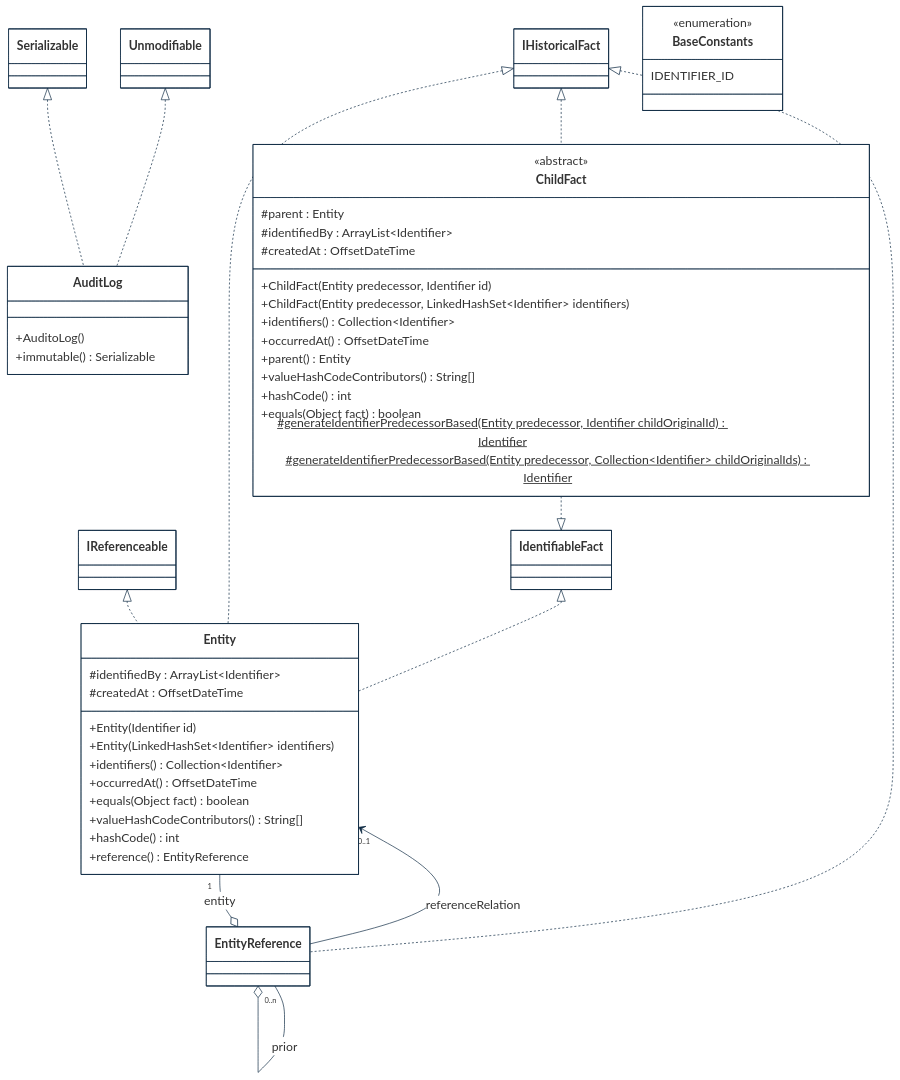
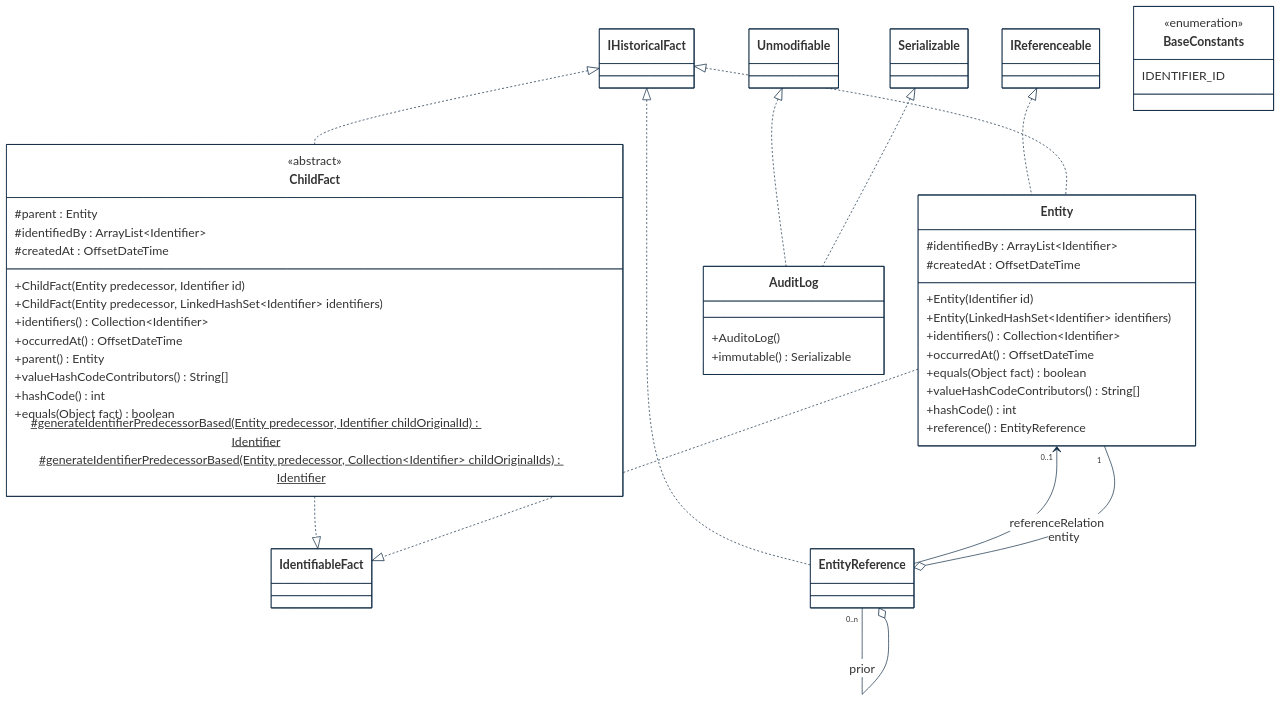
Before and after one commit to cybnity/foundation: the first of 5 diagrams in implementations-line/framework/immutable/designview-packages.md, drawn with Mermaid.

````diff
--- a/implementations-line/framework/immutable/designview-packages.md
+++ b/implementations-line/framework/immutable/designview-packages.md
@@ -35,71 +35,71 @@
 ```mermaid
 %%{
   init: {
     'theme': 'base',
     'themeVariables': {
         'background': '#ffffff',
         'fontFamily': 'arial',
         'fontSize': '18px',
         'primaryColor': '#fff',
         'primaryBorderColor': '#0e2a43',
         'secondaryBorderColor': '#0e2a43',
         'tertiaryBorderColor': '#0e2a43',
         'edgeLabelBackground':'#0e2a43',
         'lineColor': '#0e2a43',
         'tertiaryColor': '#fff'
     }
   }
 }%%
 classDiagram
     IReferenceable <|.. Entity
     ChildFact ..|> IdentifiableFact
-    IdentifiableFact <|.. Entity
+    Entity ..|> IdentifiableFact
     IHistoricalFact <|.. EntityReference
     IHistoricalFact <|.. ChildFact
     Entity "0..1" <-- EntityReference : referenceRelation
     Entity "1" --o EntityReference : entity
     IHistoricalFact <|.. Entity
     Unmodifiable <|.. AuditLog
     Serializable <|.. AuditLog
     EntityReference "0..n" --o EntityReference : prior
 
     class Entity {
         #identifiedBy : ArrayList~Identifier~
         #createdAt : OffsetDateTime
         +Entity(Identifier id)
         +Entity(LinkedHashSet~Identifier~ identifiers)
         +identifiers() Collection~Identifier~
         +occurredAt() OffsetDateTime
         +equals(Object fact) boolean
         +valueHashCodeContributors() String[]
         +hashCode() int
         +reference() EntityReference
     }
     class AuditLog {
         +AuditoLog()
         +immutable() Serializable
     }
     class ChildFact {
         <<abstract>>
         #parent : Entity
         #identifiedBy : ArrayList~Identifier~
         #createdAt : OffsetDateTime
         +ChildFact(Entity predecessor, Identifier id)
         +ChildFact(Entity predecessor, LinkedHashSet~Identifier~ identifiers)
         +identifiers() Collection~Identifier~
         +occurredAt() OffsetDateTime
         +parent() Entity
         +valueHashCodeContributors() String[]
         +hashCode() int
         +equals(Object fact) boolean
         #generateIdentifierPredecessorBased(Entity predecessor, Identifier childOriginalId)$ Identifier
         #generateIdentifierPredecessorBased(Entity predecessor, Collection~Identifier~ childOriginalIds)$ Identifier
     }
     class BaseConstants {
         <<enumeration>>
         IDENTIFIER_ID
     }
     class EntityReference {
     }
 
 ```
````
